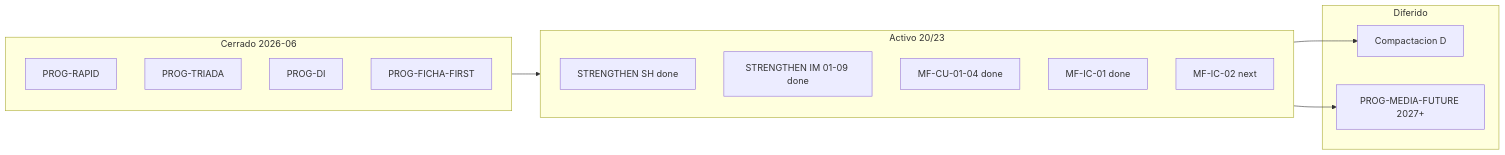
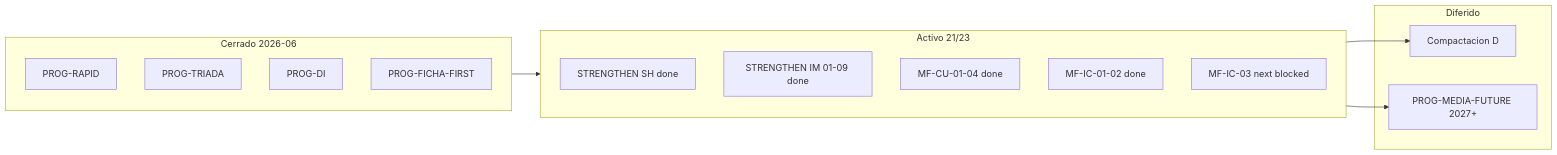
One commit to gabriel2320/epis2 changed the diagram in reports/epis2-plan-desarrollo-unificado-2026-06-14.md. Above: the diagram before and after it, drawn with Mermaid. The commit also changed other lines of this file and 5 other files, not shown here.

````diff
--- a/reports/epis2-plan-desarrollo-unificado-2026-06-14.md
+++ b/reports/epis2-plan-desarrollo-unificado-2026-06-14.md
@@ -98,23 +99,23 @@
 ```mermaid
 flowchart LR
   subgraph cerrado [Cerrado 2026-06]
     R[PROG-RAPID]
     T[PROG-TRIADA]
     DI[PROG-DI]
     FF[PROG-FICHA-FIRST]
   end
-  subgraph activo [Activo 20/23]
+  subgraph activo [Activo 21/23]
     SH[STRENGTHEN SH done]
     IM[STRENGTHEN IM 01-09 done]
     CU[MF-CU-01-04 done]
-    IC1[MF-IC-01 done]
-    IC2[MF-IC-02 next]
+    IC12[MF-IC-01-02 done]
+    IC3[MF-IC-03 next blocked]
   end
   subgraph diferido [Diferido]
     D[Compactacion D]
     M[PROG-MEDIA-FUTURE 2027+]
   end
   cerrado --> activo
   activo --> D
   activo --> M
 ```
````
